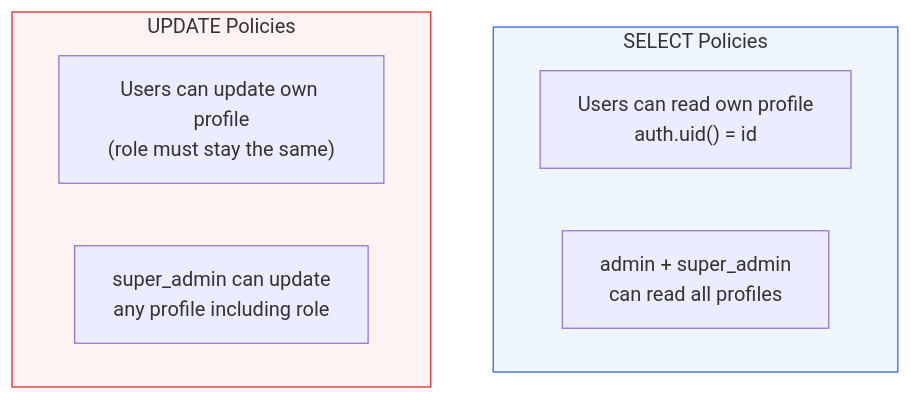
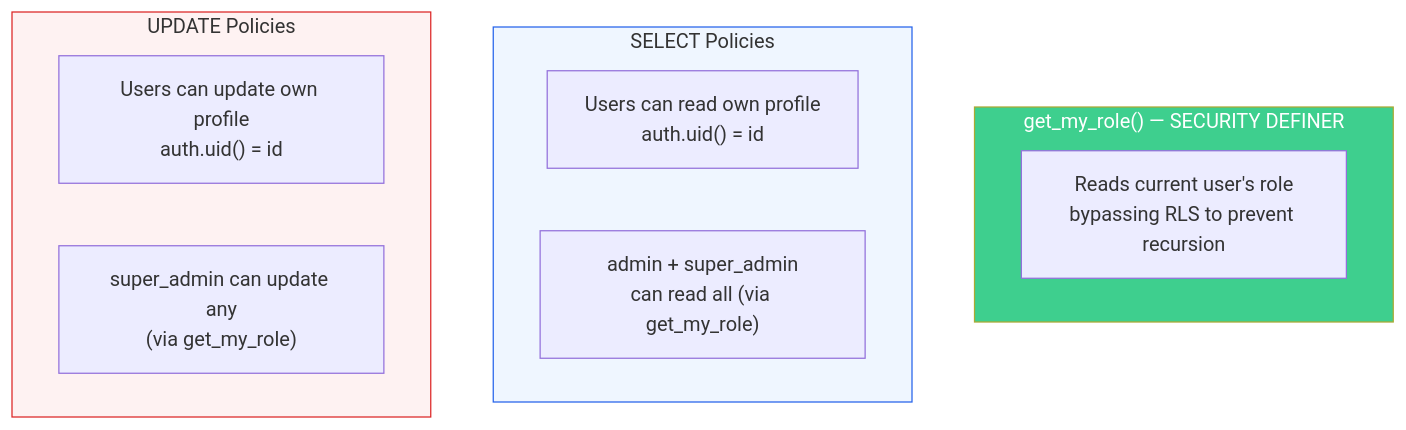
Before and after one commit to Felege-Yordanos-Tech-Team/felege-yordanos-app: the third of 6 diagrams in docs/database.md, drawn with Mermaid. The commit also changed other lines of this file and 3 other files, not shown here.

First line of the commit message:
docs: 📝 update all architecture docs for latest features

````diff
--- a/docs/database.md
+++ b/docs/database.md
@@ -59,15 +93,20 @@
 ```mermaid
 graph TD
+    subgraph HELPER["get_my_role() — SECURITY DEFINER"]
+        H1["Reads current user's role<br/>bypassing RLS to prevent recursion"]
+    end
+
     subgraph SELECT["SELECT Policies"]
         S1["Users can read own profile<br/>auth.uid() = id"]
-        S2["admin + super_admin<br/>can read all profiles"]
+        S2["admin + super_admin<br/>can read all (via get_my_role)"]
     end
 
     subgraph UPDATE["UPDATE Policies"]
-        U1["Users can update own profile<br/>(role must stay the same)"]
-        U2["super_admin can update<br/>any profile including role"]
+        U1["Users can update own profile<br/>auth.uid() = id"]
+        U2["super_admin can update any<br/>(via get_my_role)"]
     end
 
+    style HELPER fill:#3ecf8e,color:#fff
     style SELECT fill:#eff6ff,stroke:#2563eb
     style UPDATE fill:#fef2f2,stroke:#dc2626
 ```
````
